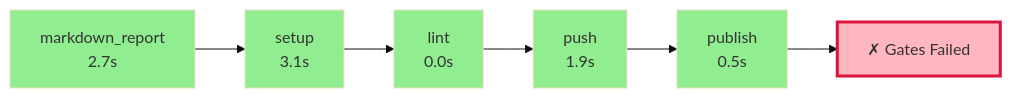
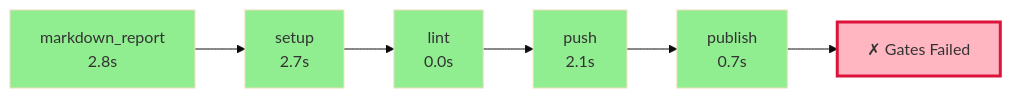
One commit to wronai/fixos changed the diagram in .pyqual/report.md. Above: the diagram before and after it, drawn with Mermaid (base theme). The commit also changed other lines of this file and 5 other files, not shown here.

````diff
--- a/.pyqual/report.md
+++ b/.pyqual/report.md
@@ -10,20 +10,20 @@
 ```mermaid
 flowchart LR
-    S0["markdown_report<br/>2.7s"]
+    S0["markdown_report<br/>2.8s"]
     style S0 fill:#90EE90
-    S1["setup<br/>3.1s"]
+    S1["setup<br/>2.7s"]
     style S1 fill:#90EE90
     S0 --> S1
     S2["lint<br/>0.0s"]
     style S2 fill:#90EE90
     S1 --> S2
-    S3["push<br/>1.9s"]
+    S3["push<br/>2.1s"]
     style S3 fill:#90EE90
     S2 --> S3
-    S4["publish<br/>0.5s"]
+    S4["publish<br/>0.7s"]
     style S4 fill:#90EE90
     S3 --> S4
     G["✗ Gates Failed"]
     style G fill:#FFB6C1,stroke:#DC143C,stroke-width:3px
     S4 --> G
 ```
````
